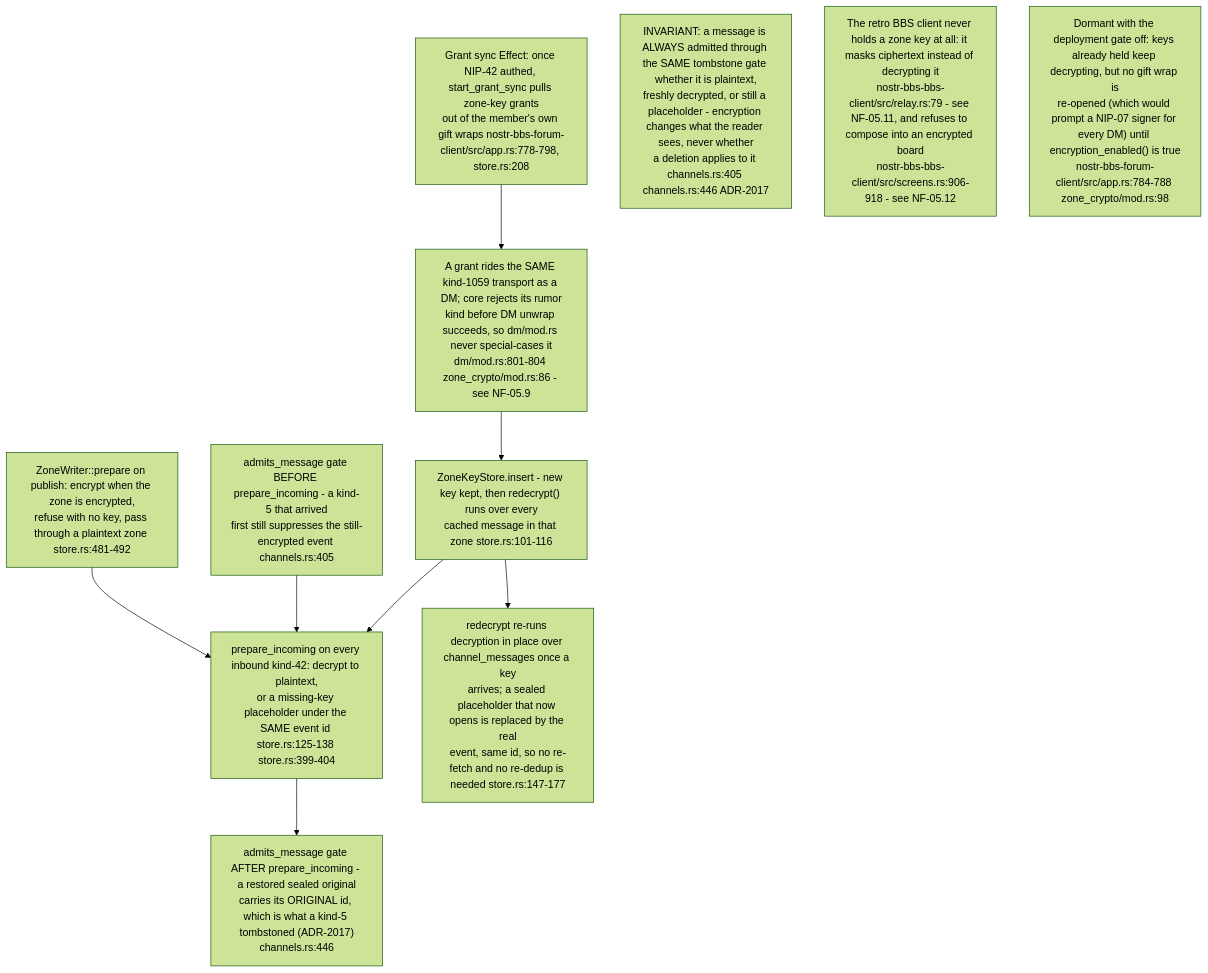
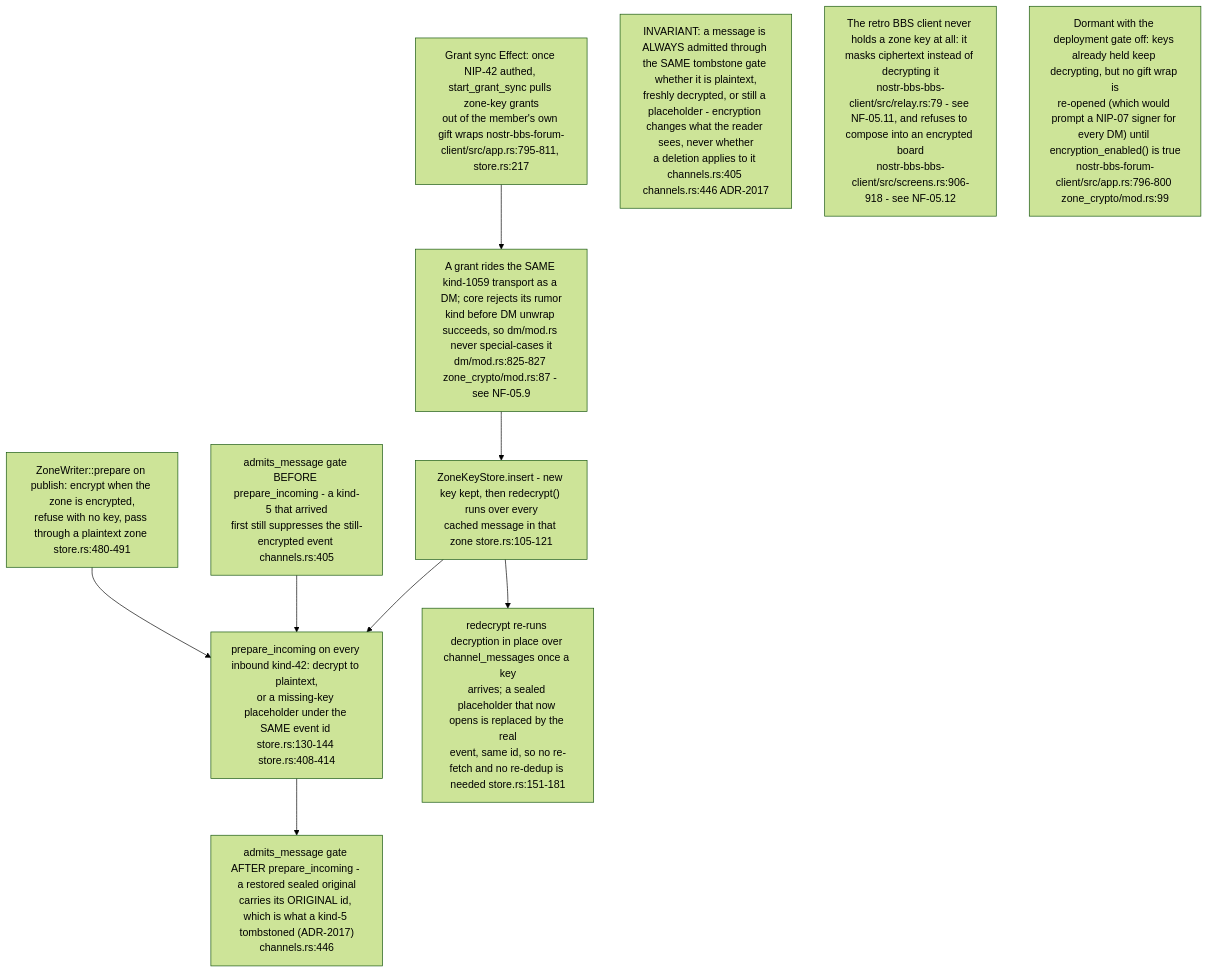
One commit to DreamLab-AI/VisionFlow changed diagram 16 of 16 in docs/diagrams/nostr-rust-forum/05-leptos-clients-onboarding-messaging-governance.md. Above: the diagram before and after it, drawn with Mermaid (forest theme). The commit also changed other lines of this file and 111 other files, not shown here.

Commit message:
docs(diagrams): align estate maps with current source

````diff
--- a/docs/diagrams/nostr-rust-forum/05-leptos-clients-onboarding-messaging-governance.md
+++ b/docs/diagrams/nostr-rust-forum/05-leptos-clients-onboarding-messaging-governance.md
@@ -504,21 +504,21 @@
 ```mermaid
 flowchart TB
-    GRANT["Grant sync Effect: once NIP-42 authed, start_grant_sync pulls zone-key grants<br/>out of the member's own gift wraps nostr-bbs-forum-client/src/app.rs:778-798, store.rs:208"]
-    DISP["A grant rides the SAME kind-1059 transport as a DM; core rejects its rumor<br/>kind before DM unwrap succeeds, so dm/mod.rs never special-cases it<br/>dm/mod.rs:801-804 zone_crypto/mod.rs:86 - see NF-05.9"]
-    KEYSTORE["ZoneKeyStore.insert - new key kept, then redecrypt() runs over every<br/>cached message in that zone store.rs:101-116"]
-    WRITE["ZoneWriter::prepare on publish: encrypt when the zone is encrypted,<br/>refuse with no key, pass through a plaintext zone store.rs:481-492"]
-    INGEST["prepare_incoming on every inbound kind-42: decrypt to plaintext,<br/>or a missing-key placeholder under the SAME event id store.rs:125-138 store.rs:399-404"]
+    GRANT["Grant sync Effect: once NIP-42 authed, start_grant_sync pulls zone-key grants<br/>out of the member's own gift wraps nostr-bbs-forum-client/src/app.rs:795-811, store.rs:217"]
+    DISP["A grant rides the SAME kind-1059 transport as a DM; core rejects its rumor<br/>kind before DM unwrap succeeds, so dm/mod.rs never special-cases it<br/>dm/mod.rs:825-827 zone_crypto/mod.rs:87 - see NF-05.9"]
+    KEYSTORE["ZoneKeyStore.insert - new key kept, then redecrypt() runs over every<br/>cached message in that zone store.rs:105-121"]
+    WRITE["ZoneWriter::prepare on publish: encrypt when the zone is encrypted,<br/>refuse with no key, pass through a plaintext zone store.rs:480-491"]
+    INGEST["prepare_incoming on every inbound kind-42: decrypt to plaintext,<br/>or a missing-key placeholder under the SAME event id store.rs:130-144 store.rs:408-414"]
     TOMB1["admits_message gate BEFORE prepare_incoming - a kind-5 that arrived<br/>first still suppresses the still-encrypted event channels.rs:405"]
     TOMB2["admits_message gate AFTER prepare_incoming - a restored sealed original<br/>carries its ORIGINAL id, which is what a kind-5 tombstoned (ADR-2017)<br/>channels.rs:446"]
-    REDECRYPT["redecrypt re-runs decryption in place over channel_messages once a key<br/>arrives; a sealed placeholder that now opens is replaced by the real<br/>event, same id, so no re-fetch and no re-dedup is needed store.rs:147-177"]
+    REDECRYPT["redecrypt re-runs decryption in place over channel_messages once a key<br/>arrives; a sealed placeholder that now opens is replaced by the real<br/>event, same id, so no re-fetch and no re-dedup is needed store.rs:151-181"]
 
     GRANT --> DISP --> KEYSTORE --> REDECRYPT
     WRITE --> INGEST
     INGEST --> TOMB2
     TOMB1 --> INGEST
     KEYSTORE --> INGEST
 
     N1["INVARIANT: a message is ALWAYS admitted through the SAME tombstone gate whether it is plaintext,<br/>freshly decrypted, or still a placeholder - encryption changes what the reader sees, never whether<br/>a deletion applies to it channels.rs:405 channels.rs:446 ADR-2017"]
     N2["The retro BBS client never holds a zone key at all: it masks ciphertext instead of decrypting it<br/>nostr-bbs-bbs-client/src/relay.rs:79 - see NF-05.11, and refuses to compose into an encrypted board<br/>nostr-bbs-bbs-client/src/screens.rs:906-918 - see NF-05.12"]
-    N3["Dormant with the deployment gate off: keys already held keep decrypting, but no gift wrap is<br/>re-opened (which would prompt a NIP-07 signer for every DM) until encryption_enabled() is true<br/>nostr-bbs-forum-client/src/app.rs:784-788 zone_crypto/mod.rs:98"]
+    N3["Dormant with the deployment gate off: keys already held keep decrypting, but no gift wrap is<br/>re-opened (which would prompt a NIP-07 signer for every DM) until encryption_enabled() is true<br/>nostr-bbs-forum-client/src/app.rs:796-800 zone_crypto/mod.rs:99"]
 ```
````
